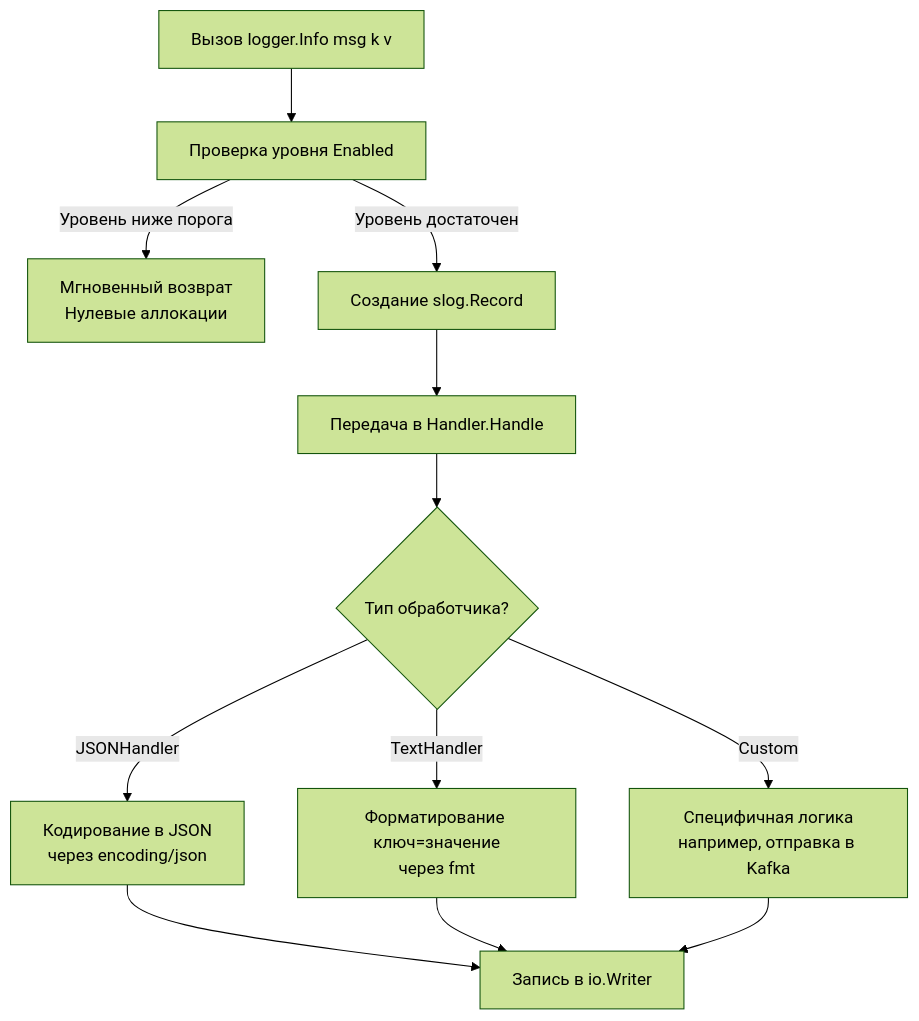
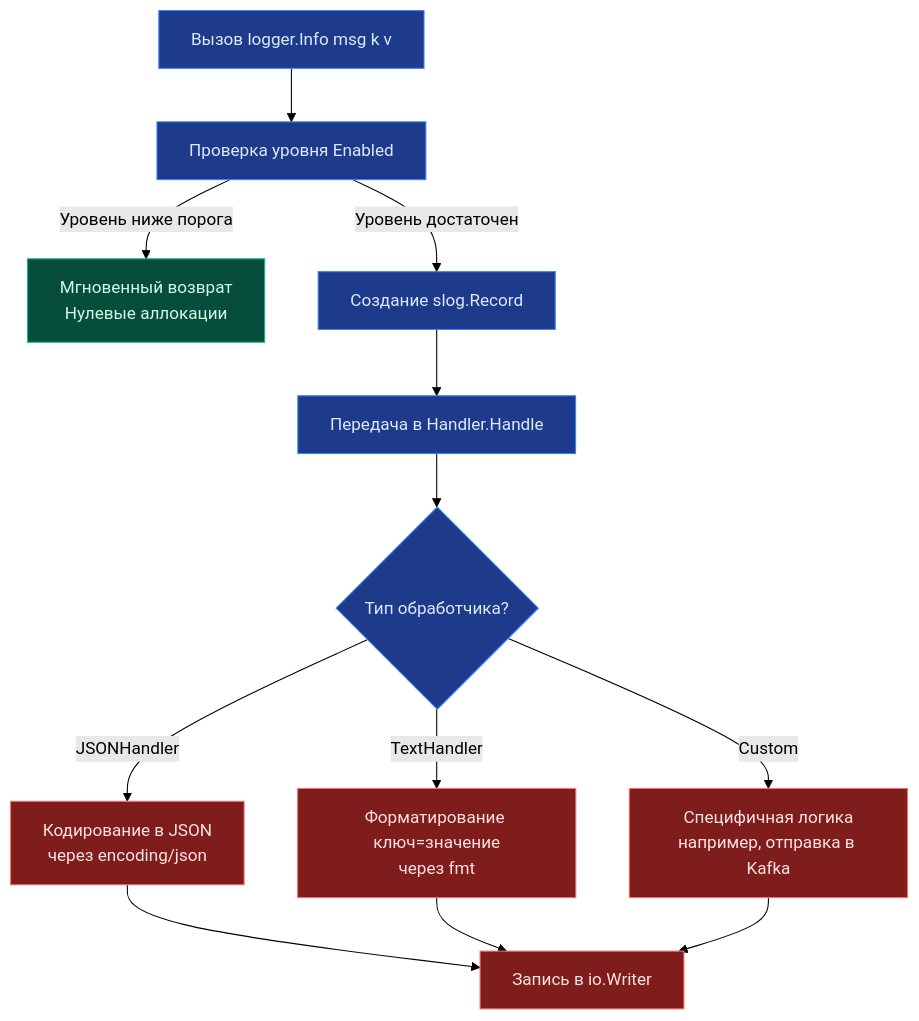
Before and after one commit to UnrealTemplier/go-textbook: the diagram in sources/6. Стандартная библиотека Go/16. log и log_slog. Логирование в стандартной библиотеке.md, drawn with Mermaid (forest theme). The commit also changed other lines of this file, not shown here.

````diff
--- a/sources/6. Стандартная библиотека Go/16. log и log_slog. Логирование в стандартной библиотеке.md
+++ b/sources/6. Стандартная библиотека Go/16. log и log_slog. Логирование в стандартной библиотеке.md
@@ -26,14 +12,22 @@
 ```mermaid
 flowchart TD
     A["Вызов logger.Info msg k v"] --> B["Проверка уровня Enabled"]
     B -->|Уровень ниже порога| C["Мгновенный возврат<br>Нулевые аллокации"]
     B -->|Уровень достаточен| D["Создание slog.Record"]
     D --> E["Передача в Handler.Handle"]
     E --> F{"Тип обработчика?"}
     F -->|JSONHandler| G["Кодирование в JSON<br>через encoding/json"]
     F -->|TextHandler| H["Форматирование ключ=значение<br>через fmt"]
     F -->|Custom| I["Специфичная логика<br>например, отправка в Kafka"]
     G --> J["Запись в io.Writer"]
     H --> J
     I --> J
+
+    classDef fast fill:#064e3b,stroke:#10b981,color:#d1fae5;
+    classDef check fill:#1e3a8a,stroke:#3b82f6,color:#dbeafe;
+    classDef io fill:#7f1d1d,stroke:#f87171,color:#fee2e2;
+
+    class C fast;
+    class A,B,D,E,F check;
+    class G,H,I,J io;
 ```
````
